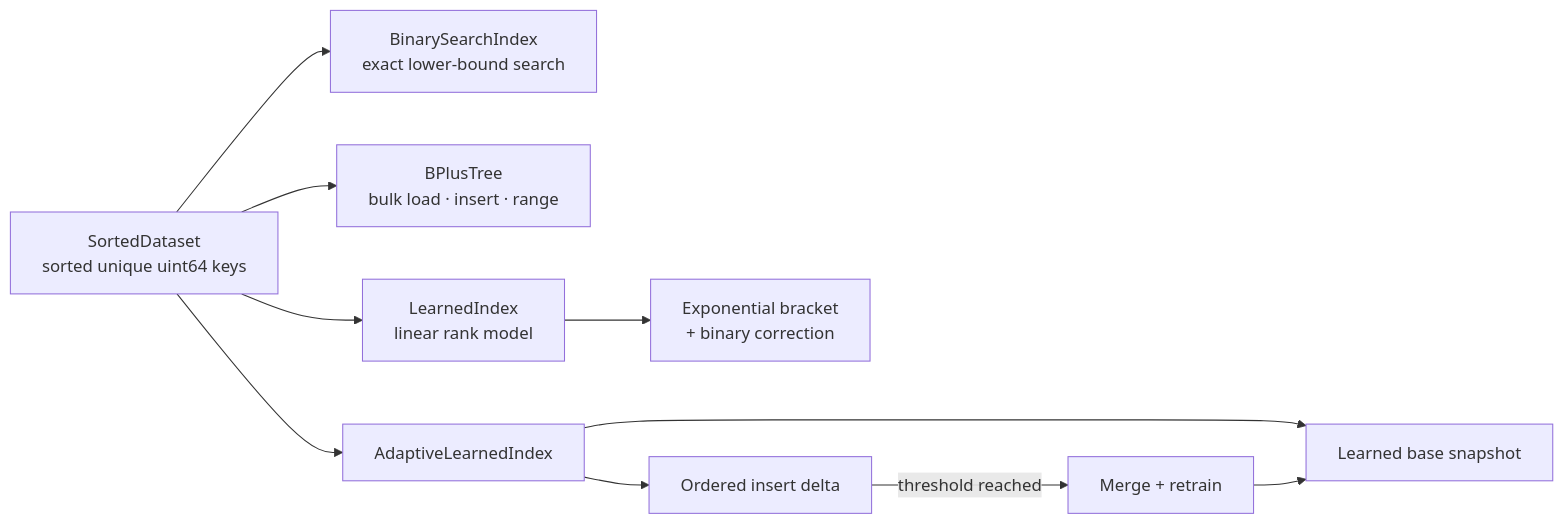
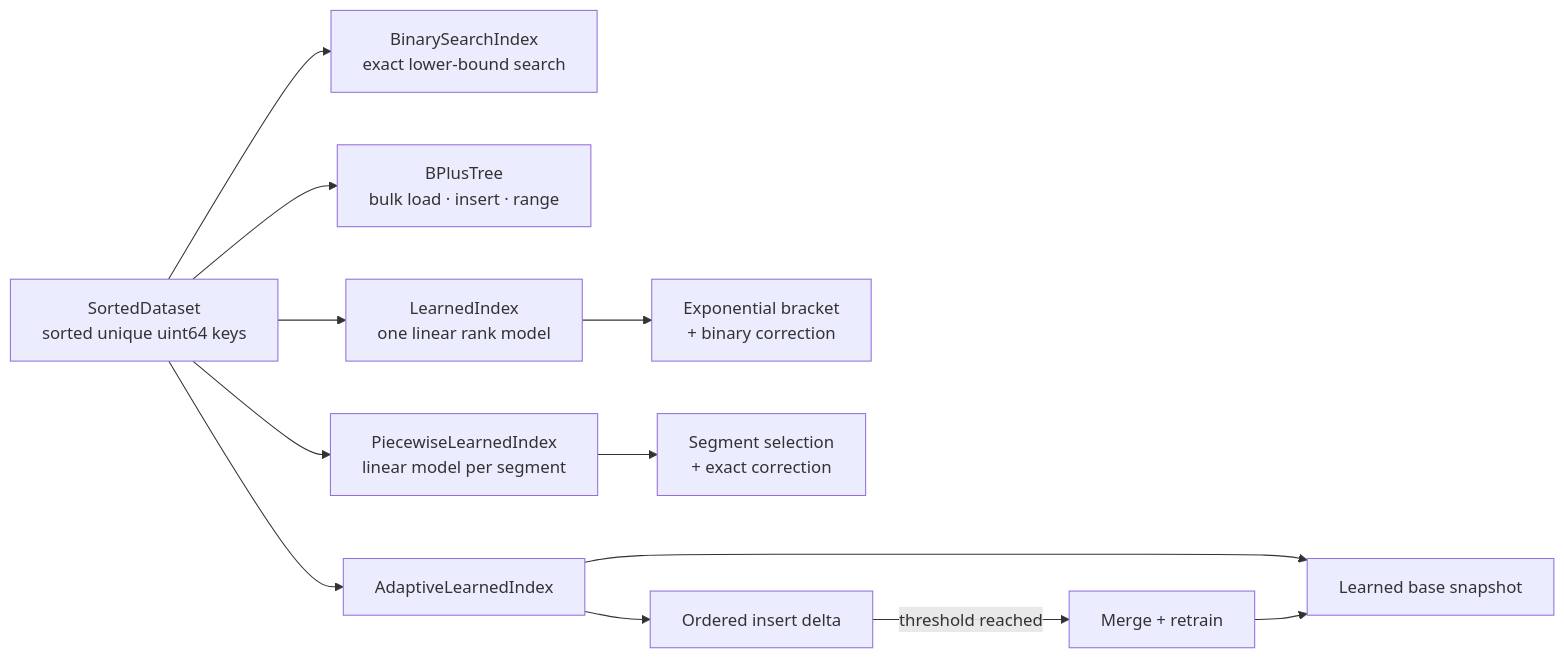
Before and after one commit to ratneshsingh-dul/concurrent-learned-index: the diagram in README.md, drawn with Mermaid. The commit also changed other lines of this file and 7 other files, not shown here.

Commit message:
Record piecewise learned-index trial

````diff
--- a/README.md
+++ b/README.md
@@ -29,13 +30,15 @@
 ```mermaid
 flowchart LR
     D[SortedDataset<br/>sorted unique uint64 keys]
     D --> B[BinarySearchIndex<br/>exact lower-bound search]
     D --> T[BPlusTree<br/>bulk load · insert · range]
-    D --> L[LearnedIndex<br/>linear rank model]
+    D --> L[LearnedIndex<br/>one linear rank model]
     L --> C[Exponential bracket<br/>+ binary correction]
+    D --> P[PiecewiseLearnedIndex<br/>linear model per segment]
+    P --> PC[Segment selection<br/>+ exact correction]
     D --> A[AdaptiveLearnedIndex]
     A --> S[Learned base snapshot]
     A --> X[Ordered insert delta]
     X -->|threshold reached| R[Merge + retrain]
     R --> S
 ```
````
